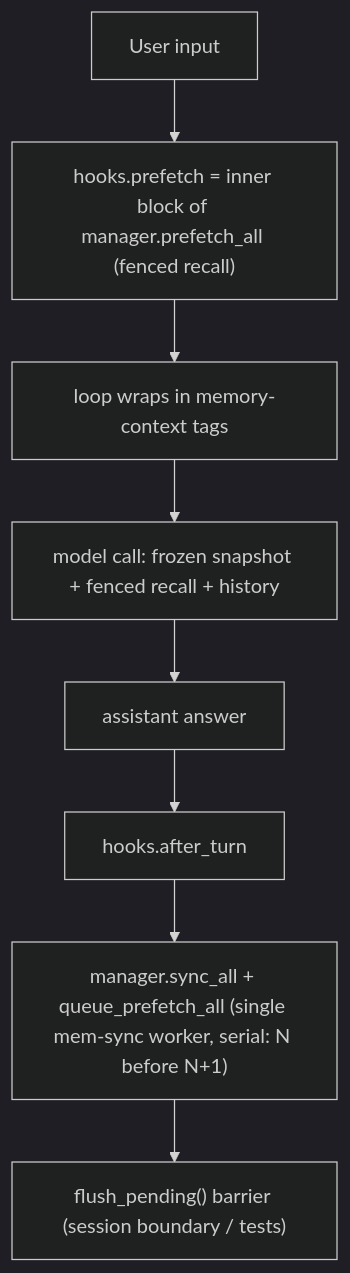
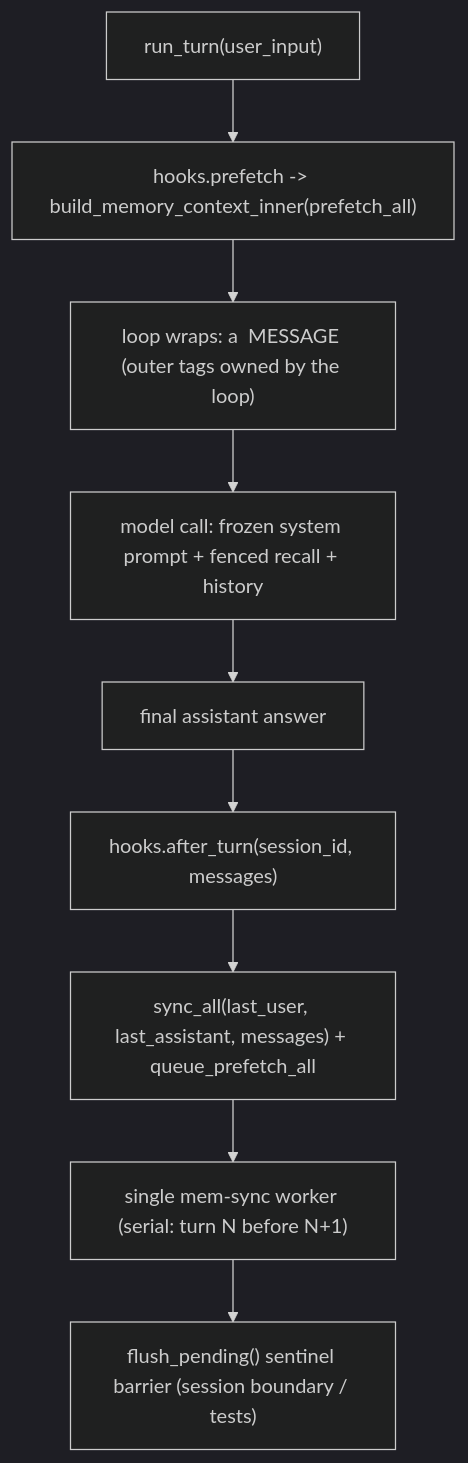
Before and after one commit to Ruihang2017/Jobpin-Agent: the second of 2 diagrams in site/devlog/p0-1.3-memory-provider-manager-EN.md, drawn with Mermaid (dark theme). The commit also changed other lines of this file and 5 other files, not shown here.

````diff
--- a/site/devlog/p0-1.3-memory-provider-manager-EN.md
+++ b/site/devlog/p0-1.3-memory-provider-manager-EN.md
@@ -48,10 +303,11 @@
 ```mermaid
 flowchart TD
-    A["User input"] --> PF["hooks.prefetch = inner block of manager.prefetch_all (fenced recall)"]
-    PF --> WRAP["loop wraps in memory-context tags"]
-    WRAP --> CALL["model call: frozen snapshot + fenced recall + history"]
-    CALL --> ANS["assistant answer"]
-    ANS --> AT["hooks.after_turn"]
-    AT --> SY["manager.sync_all + queue_prefetch_all (single mem-sync worker, serial: N before N+1)"]
-    SY --> FB["flush_pending() barrier (session boundary / tests)"]
+    A["run_turn(user_input)"] --> PF["hooks.prefetch -> build_memory_context_inner(prefetch_all)"]
+    PF --> WRAP["loop wraps: a <memory-context> MESSAGE (outer tags owned by the loop)"]
+    WRAP --> CALL["model call: frozen system prompt + fenced recall + history"]
+    CALL --> ANS["final assistant answer"]
+    ANS --> AT["hooks.after_turn(session_id, messages)"]
+    AT --> SY["sync_all(last_user, last_assistant, messages) + queue_prefetch_all"]
+    SY --> W["single mem-sync worker (serial: turn N before N+1)"]
+    W --> FB["flush_pending() sentinel barrier (session boundary / tests)"]
 ```
````
